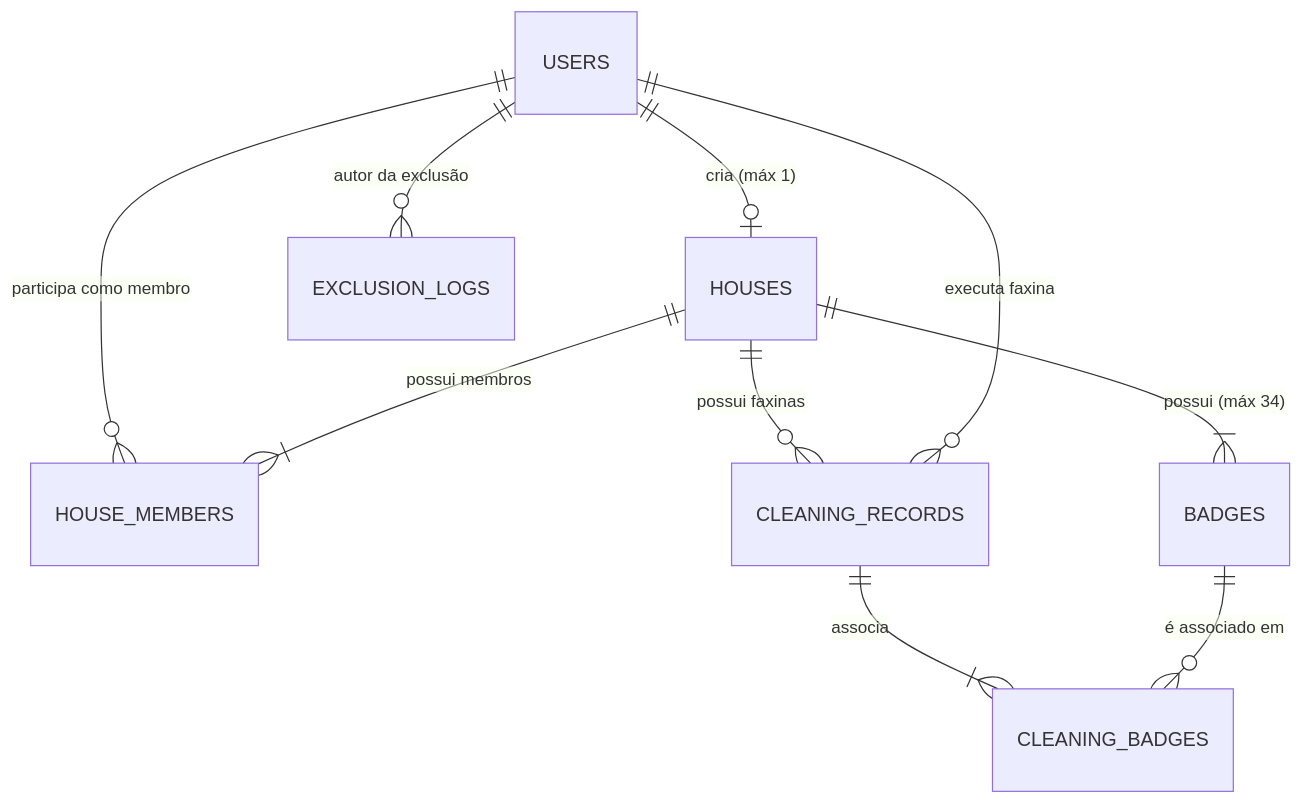
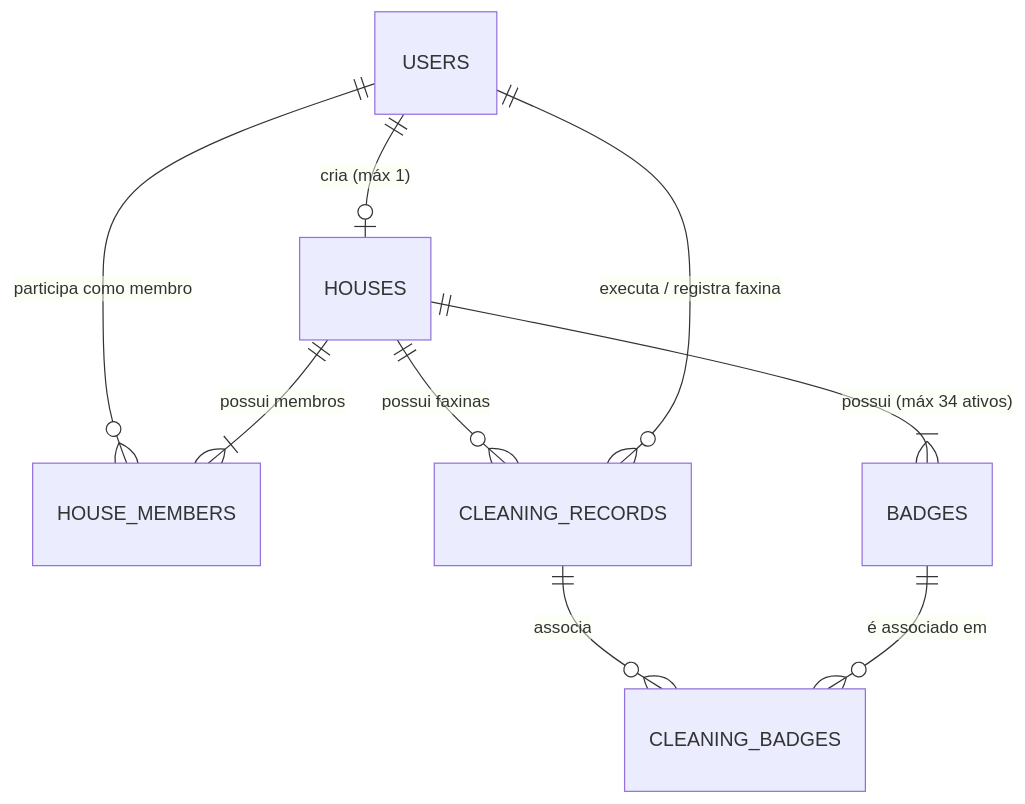
Before and after one commit to olzmooraes/limpex: the diagram in .agents/references/domain-model.md, drawn with Mermaid. The commit also changed other lines of this file and 29 other files, not shown here.

````diff
--- a/.agents/references/domain-model.md
+++ b/.agents/references/domain-model.md
@@ -9,12 +11,11 @@
 ```mermaid
 erDiagram
     USERS ||--o| HOUSES : "cria (máx 1)"
     USERS ||--o{ HOUSE_MEMBERS : "participa como membro"
     HOUSES ||--|{ HOUSE_MEMBERS : "possui membros"
-    HOUSES ||--|{ BADGES : "possui (máx 34)"
+    HOUSES ||--|{ BADGES : "possui (máx 34 ativos)"
     HOUSES ||--o{ CLEANING_RECORDS : "possui faxinas"
-    USERS ||--o{ CLEANING_RECORDS : "executa faxina"
-    CLEANING_RECORDS ||--|{ CLEANING_BADGES : "associa"
+    USERS ||--o{ CLEANING_RECORDS : "executa / registra faxina"
+    CLEANING_RECORDS ||--o{ CLEANING_BADGES : "associa"
     BADGES ||--o{ CLEANING_BADGES : "é associado em"
-    USERS ||--o{ EXCLUSION_LOGS : "autor da exclusão"
 ```
````
